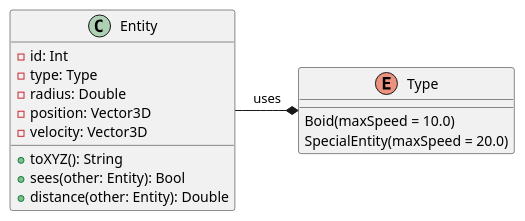
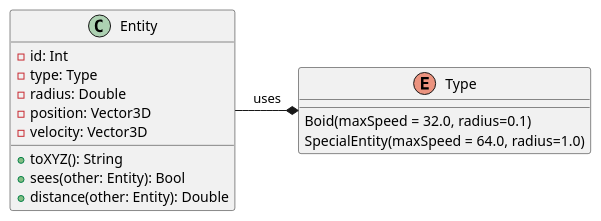
One commit to jporsay/boids changed the diagram in docs/uml/entity.puml. Above: the diagram before and after it, drawn with PlantUML. The commit also changed 1 other file, not shown here.

```diff
--- a/docs/uml/entity.puml
+++ b/docs/uml/entity.puml
@@ -1,21 +1,21 @@
 @startuml
 
 enum Type {
-    Boid(maxSpeed = 10.0)
-    SpecialEntity(maxSpeed = 20.0)
+    Boid(maxSpeed = 32.0, radius=0.1)
+    SpecialEntity(maxSpeed = 64.0, radius=1.0)
 }
 
 class Entity {
     - id: Int
     - type: Type
     - radius: Double
     - position: Vector3D
     - velocity: Vector3D
     + toXYZ(): String
     + sees(other: Entity): Bool
     + distance(other: Entity): Double
 }
 
 Type *-left- Entity: uses
 
 @enduml
```
